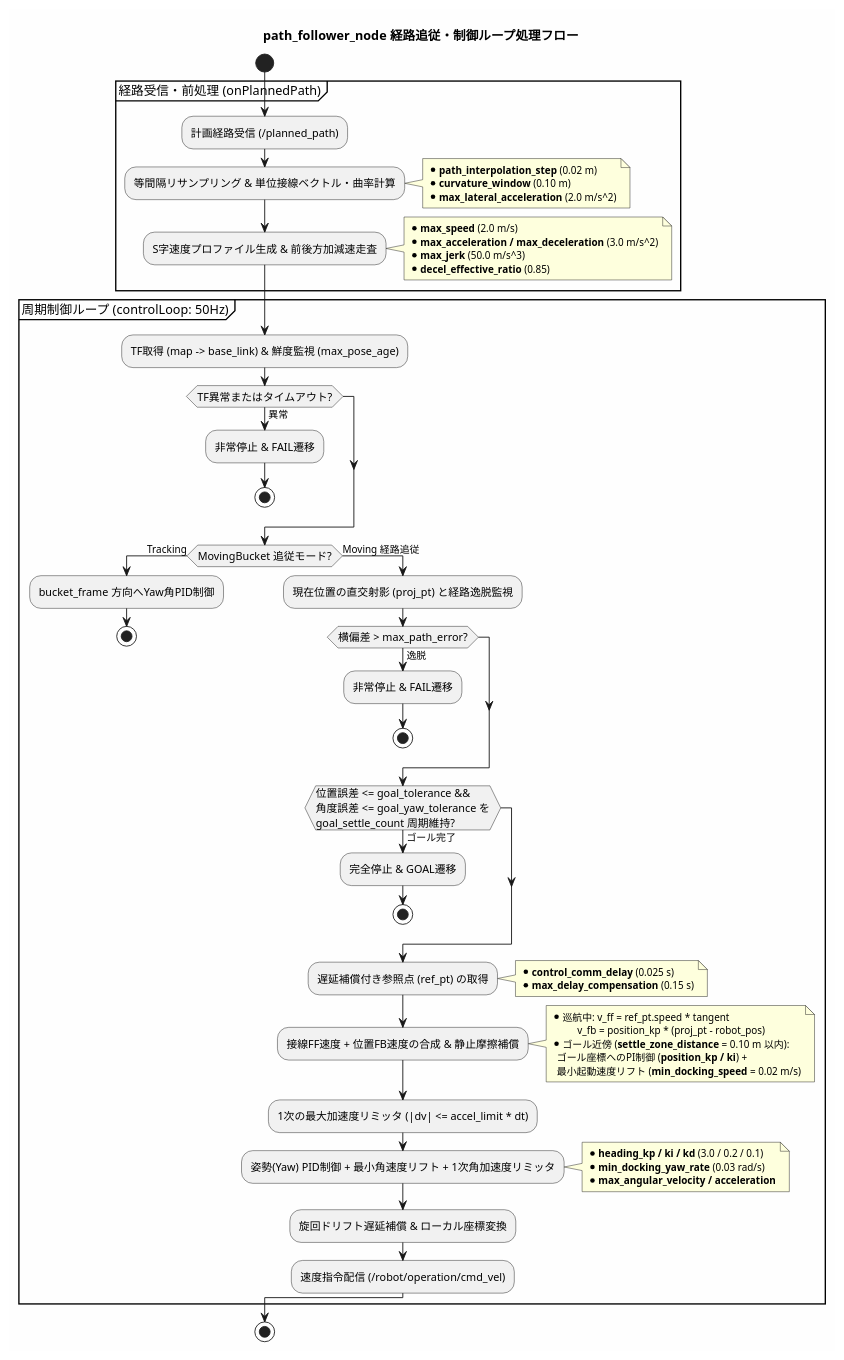
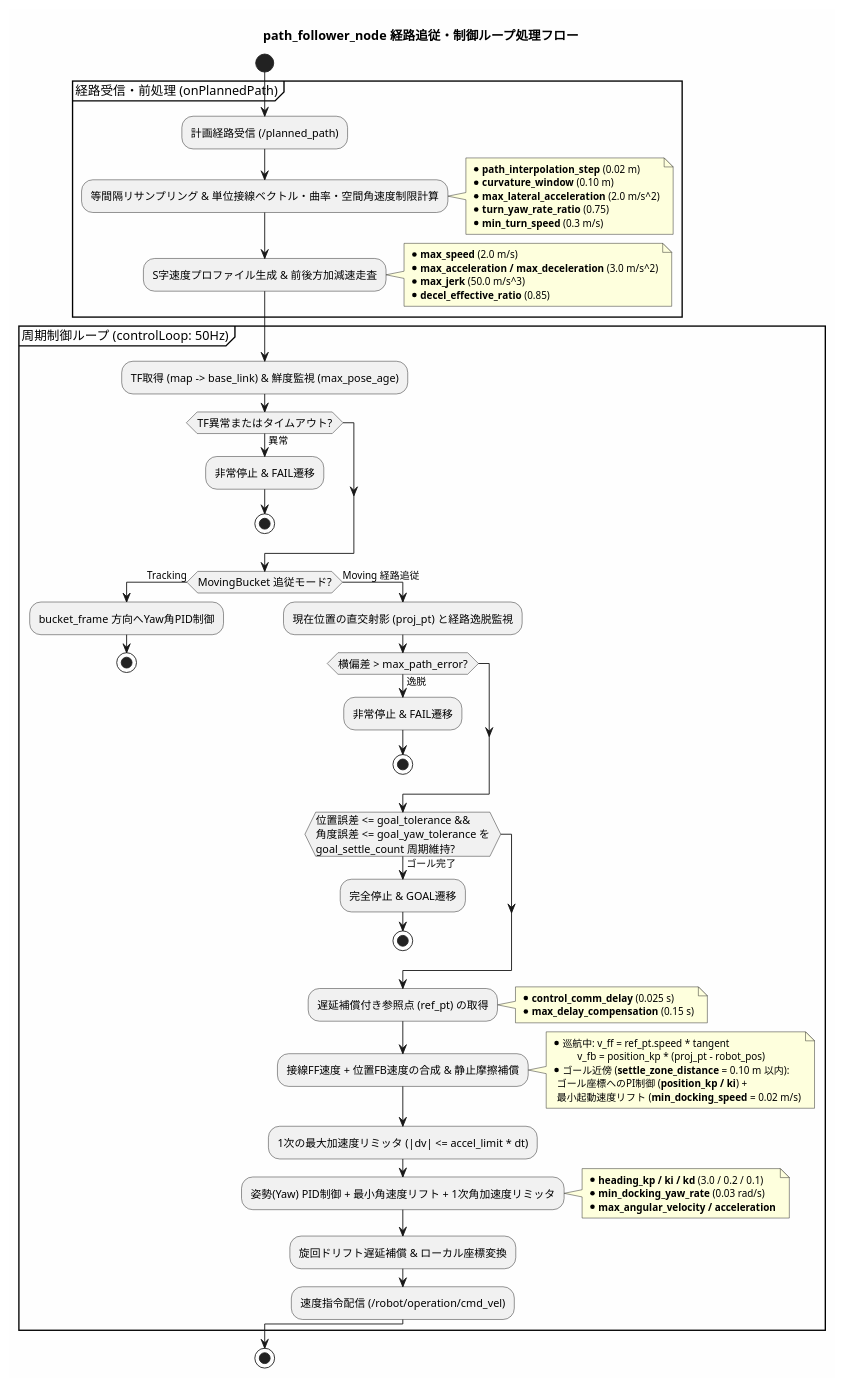
One commit to tmcit-ararobo-2026a/gn10-navigation changed the diagram in docs/path_follower_flow.pu. Above: the diagram before and after it, drawn with PlantUML. The commit also changed 4 other files, not shown here.

```diff
--- a/docs/path_follower_flow.pu
+++ b/docs/path_follower_flow.pu
@@ -1,81 +1,83 @@
 @startuml path_follower_flow
 skinparam backgroundColor #FEFEFE
 skinparam activityFontSize 12
 skinparam noteFontSize 11
 
 title path_follower_node 経路追従・制御ループ処理フロー
 
 start
 
 partition "経路受信・前処理 (onPlannedPath)" {
     :計画経路受信 (/planned_path);
-    :等間隔リサンプリング & 単位接線ベクトル・曲率計算;
+    :等間隔リサンプリング & 単位接線ベクトル・曲率・空間角速度制限計算;
     note right
       * <b>path_interpolation_step</b> (0.02 m)
       * <b>curvature_window</b> (0.10 m)
       * <b>max_lateral_acceleration</b> (2.0 m/s^2)
+      * <b>turn_yaw_rate_ratio</b> (0.75)
+      * <b>min_turn_speed</b> (0.3 m/s)
     end note
 
     :S字速度プロファイル生成 & 前後方加減速走査;
     note right
       * <b>max_speed</b> (2.0 m/s)
       * <b>max_acceleration / max_deceleration</b> (3.0 m/s^2)
       * <b>max_jerk</b> (50.0 m/s^3)
       * <b>decel_effective_ratio</b> (0.85)
     end note
 }
 
 partition "周期制御ループ (controlLoop: 50Hz)" {
     :TF取得 (map -> base_link) & 鮮度監視 (max_pose_age);
     if (TF異常またはタイムアウト?) then (異常)
         :非常停止 & FAIL遷移;
         stop
     endif
 
     if (MovingBucket 追従モード?) then (Tracking)
         :bucket_frame 方向へYaw角PID制御;
         stop
     else (Moving 経路追従)
         :現在位置の直交射影 (proj_pt) と経路逸脱監視;
         if (横偏差 > max_path_error?) then (逸脱)
             :非常停止 & FAIL遷移;
             stop
         endif
 
         if (位置誤差 <= goal_tolerance &&\n角度誤差 <= goal_yaw_tolerance を\ngoal_settle_count 周期維持?) then (ゴール完了)
             :完全停止 & GOAL遷移;
             stop
         endif
 
         :遅延補償付き参照点 (ref_pt) の取得;
         note right
           * <b>control_comm_delay</b> (0.025 s)
           * <b>max_delay_compensation</b> (0.15 s)
         end note
 
         :接線FF速度 + 位置FB速度の合成 & 静止摩擦補償;
         note right
           * 巡航中: v_ff = ref_pt.speed * tangent
                     v_fb = position_kp * (proj_pt - robot_pos)
           * ゴール近傍 (<b>settle_zone_distance</b> = 0.10 m 以内):
             ゴール座標へのPI制御 (<b>position_kp / ki</b>) +
             最小起動速度リフト (<b>min_docking_speed</b> = 0.02 m/s)
         end note
 
         :1次の最大加速度リミッタ (|dv| <= accel_limit * dt);
 
         :姿勢(Yaw) PID制御 + 最小角速度リフト + 1次角加速度リミッタ;
         note right
           * <b>heading_kp / ki / kd</b> (3.0 / 0.2 / 0.1)
           * <b>min_docking_yaw_rate</b> (0.03 rad/s)
           * <b>max_angular_velocity / acceleration</b>
         end note
 
         :旋回ドリフト遅延補償 & ローカル座標変換;
         :速度指令配信 (/robot/operation/cmd_vel);
     endif
 }
 
 stop
 
 @enduml
```
